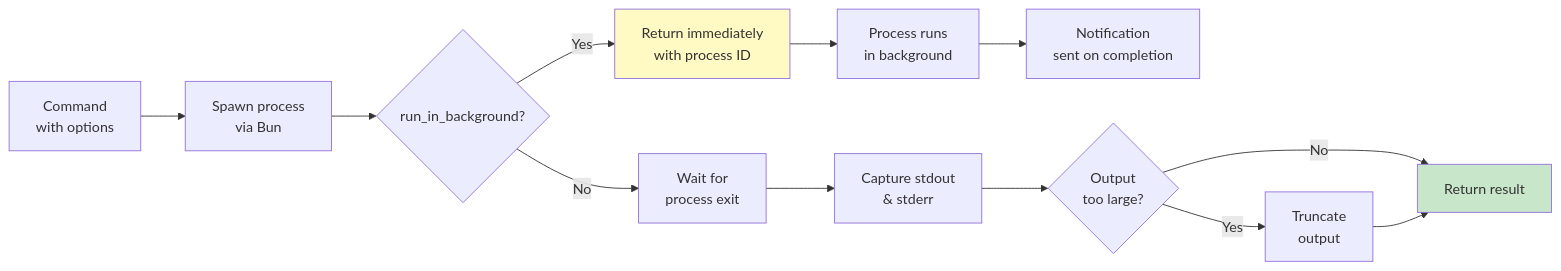
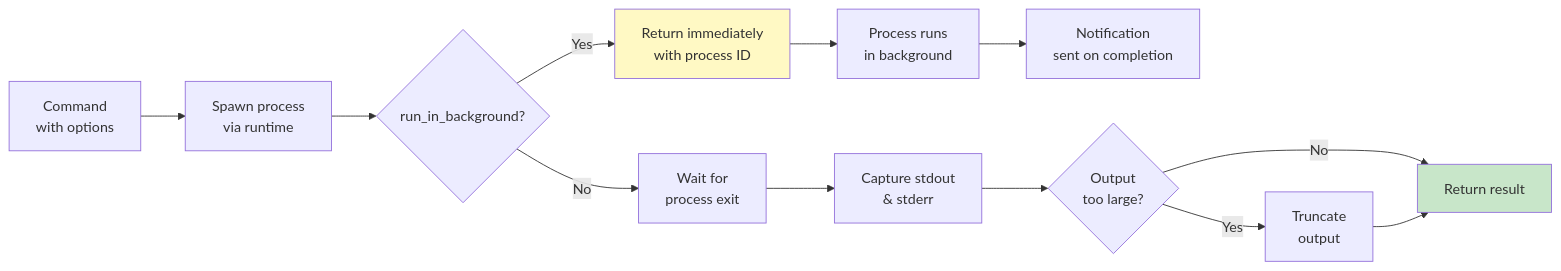
The fourth of 6 diagrams in docs/deep/en/tools/index.md (hi-space/claude-code-unpack-docs), drawn with Mermaid before and after one commit. The commit also changed other lines of this file and 36 other files, not shown here.

````diff
--- a/docs/deep/en/tools/index.md
+++ b/docs/deep/en/tools/index.md
@@ -141,19 +141,19 @@
 ```mermaid
 flowchart LR
-    A["Command<br/>with options"] --> B["Spawn process<br/>via Bun"]
+    A["Command<br/>with options"] --> B["Spawn process<br/>via runtime"]
     B --> C{"run_in_background?"}
     
     C -->|"Yes"| D["Return immediately<br/>with process ID"]
     D --> E["Process runs<br/>in background"]
     E --> F["Notification<br/>sent on completion"]
     
     C -->|"No"| G["Wait for<br/>process exit"]
     G --> H["Capture stdout<br/>& stderr"]
     H --> I{"Output<br/>too large?"}
     I -->|"Yes"| J["Truncate<br/>output"]
     I -->|"No"| K["Return result"]
     J --> K
     
     style D fill:#fff9c4
     style K fill:#c8e6c9
 ```
````
